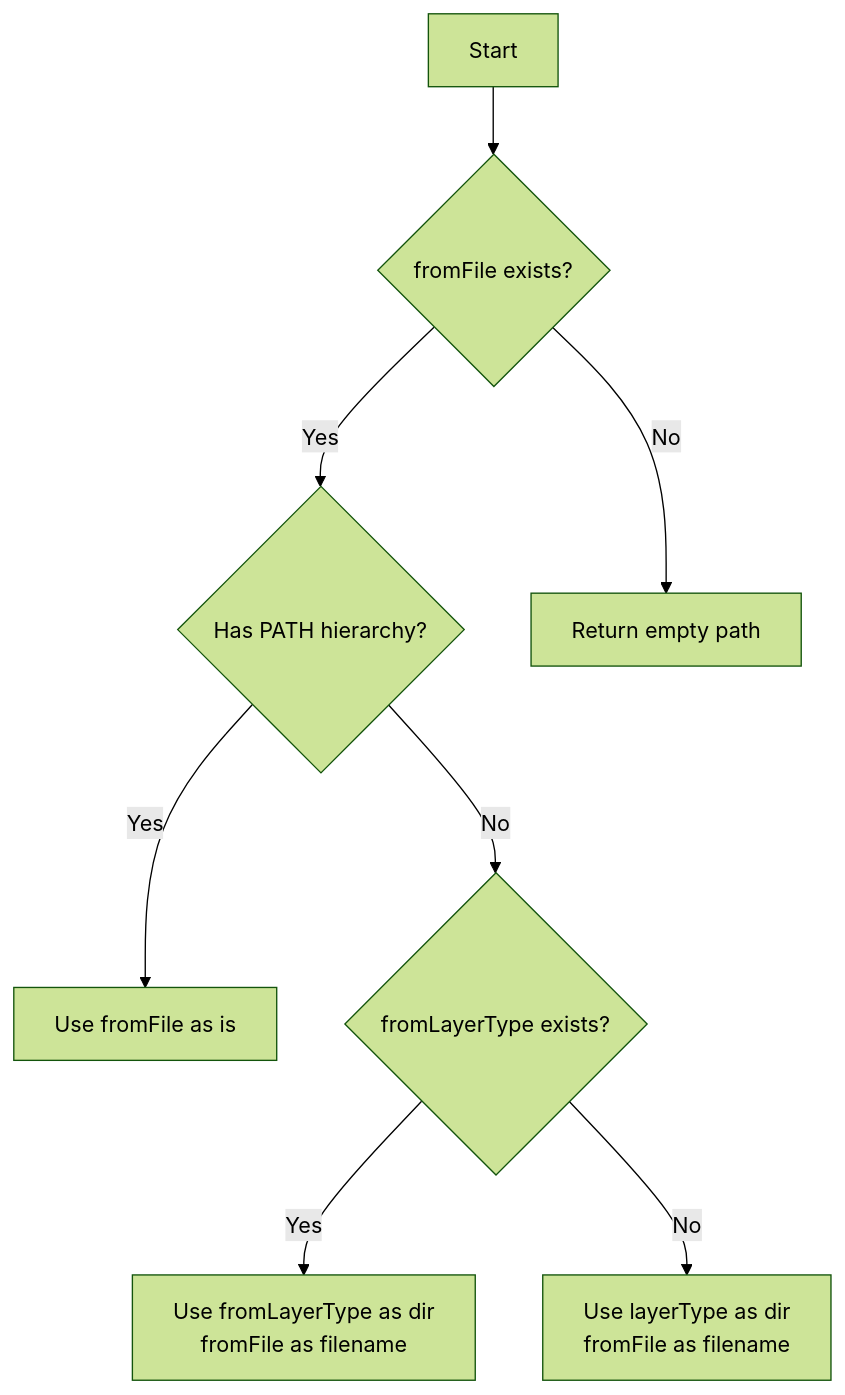
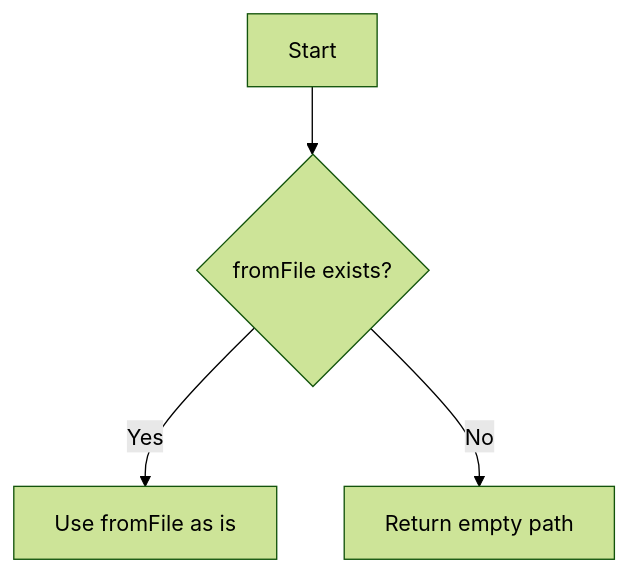
One commit to tettuan/breakdown changed the diagram in docs/breakdown/path.ja.md. Above: the diagram before and after it, drawn with Mermaid (forest theme). The commit also changed other lines of this file and 46 other files, not shown here.

````diff
--- a/docs/breakdown/path.ja.md
+++ b/docs/breakdown/path.ja.md
@@ -83,10 +82,6 @@
 ```mermaid
 flowchart TD
     A[Start] --> B{fromFile exists?}
-    B -->|Yes| C{Has PATH hierarchy?}
-    C -->|Yes| D[Use fromFile as is]
-    C -->|No| E{fromLayerType exists?}
-    E -->|Yes| F[Use fromLayerType as dir<br/>fromFile as filename]
-    E -->|No| G[Use layerType as dir<br/>fromFile as filename]
-    B -->|No| H[Return empty path]
+    B -->|Yes| C[Use fromFile as is]
+    B -->|No| D[Return empty path]
 ```
````
